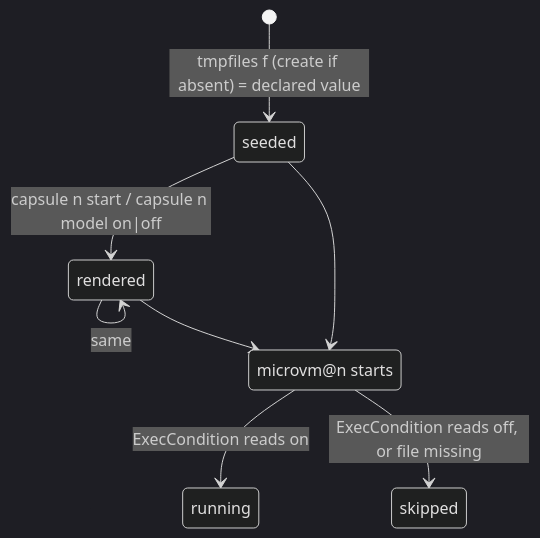
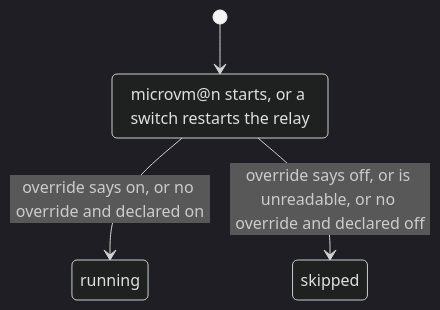
One commit to davidlee/oubliette changed the second of 3 diagrams in .doctrine/slice/010/design.md. Above: the diagram before and after it, drawn with Mermaid (dark theme). The commit also changed other lines of this file and 4 other files, not shown here.

First line of the commit message:
fix: a declared door is in the unit's text and only an override is a file

````diff
--- a/.doctrine/slice/010/design.md
+++ b/.doctrine/slice/010/design.md
@@ -230,11 +242,7 @@
 ```mermaid
 stateDiagram-v2
-  [*] --> seeded: tmpfiles f (create if absent) = declared value
-  seeded --> rendered: capsule n start / capsule n model on|off
-  rendered --> rendered: same
-  state "microvm@n starts" as boot
-  rendered --> boot
-  seeded --> boot
-  boot --> running: ExecCondition reads on
-  boot --> skipped: ExecCondition reads off, or file missing
+  state "microvm@n starts, or a switch restarts the relay" as act
+  [*] --> act
+  act --> running: override says on, or no override and declared on
+  act --> skipped: override says off, or is unreadable, or no override and declared off
 ```
````
